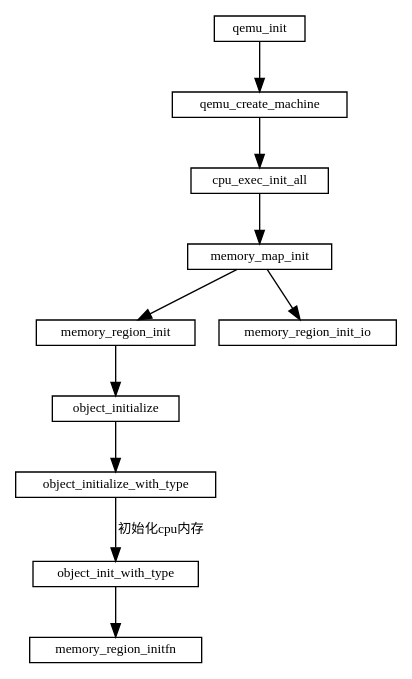
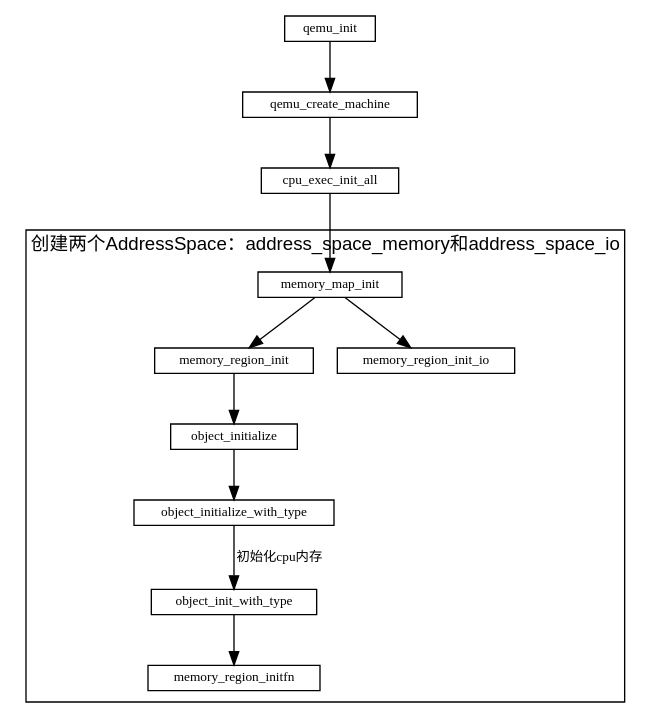
The diagram in qemu/qemu-kvm内存虚拟化.md (sisyphus1212/note), drawn with Graphviz before and after one commit.

Commit message:
auto_update

````diff
--- a/qemu/qemu-kvm内存虚拟化.md
+++ b/qemu/qemu-kvm内存虚拟化.md
@@ -10,27 +10,27 @@
 ```graphviz
 digraph {
     fontname="Helvetica,Arial,sans-serif"
     //node [fontname="Helvetica,Arial,sans-serif"]
     //edge [fontname="Helvetica,Arial,sans-serif"]
     //rankdir="LR"
     node [fontsize=10, shape=record, height=0.25]
     edge [fontsize=10]
     subgraph memory_map_init {
         label="创建两个AddressSpace：address_space_memory和address_space_io";
         cluster=true;
-    }
-    qemu_init -> qemu_create_machine
-              -> cpu_exec_init_all
-              -> memory_map_init
-              memory_map_init
+         memory_map_init
                 -> memory_region_init
                 -> object_initialize
                 -> object_initialize_with_type
                 object_initialize_with_type
                 -> object_init_with_type[label="初始化cpu内存"]
                 object_init_with_type
                 -> memory_region_initfn
               memory_map_init
                 -> memory_region_init_io
+    }
+    qemu_init -> qemu_create_machine
+              -> cpu_exec_init_all
+              -> memory_map_init
 }
 ```
````
